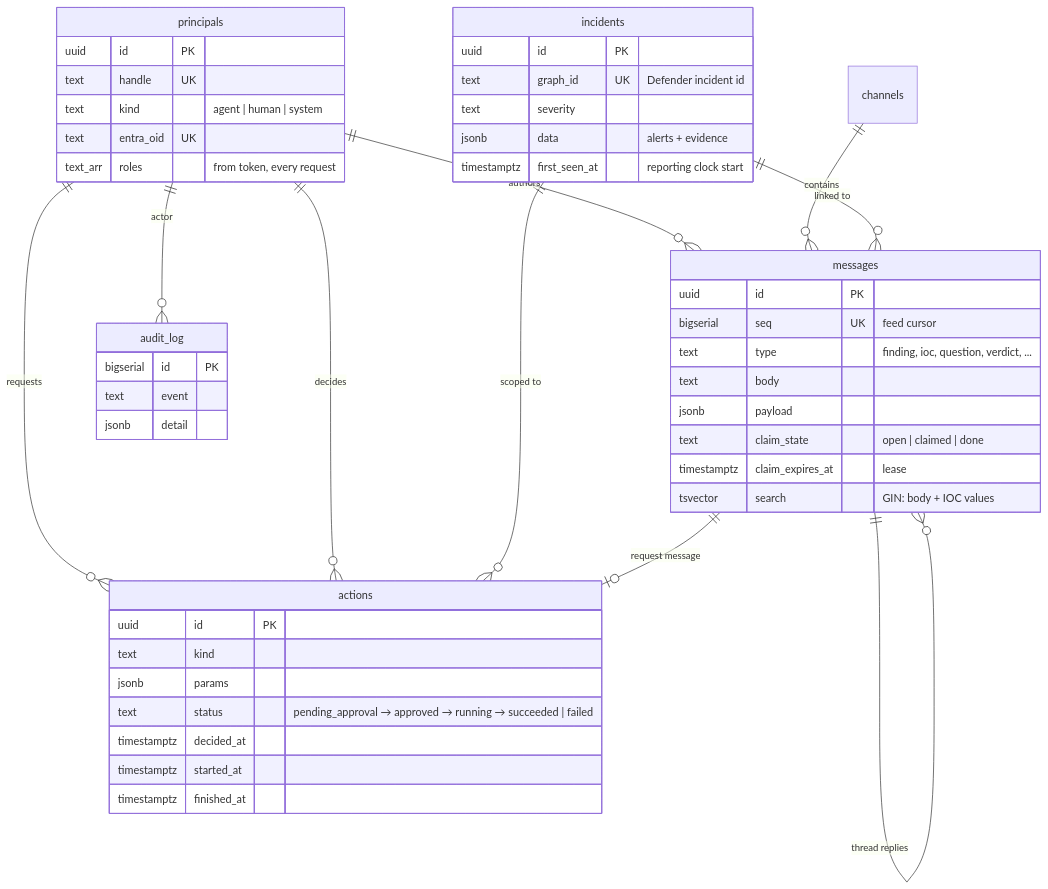
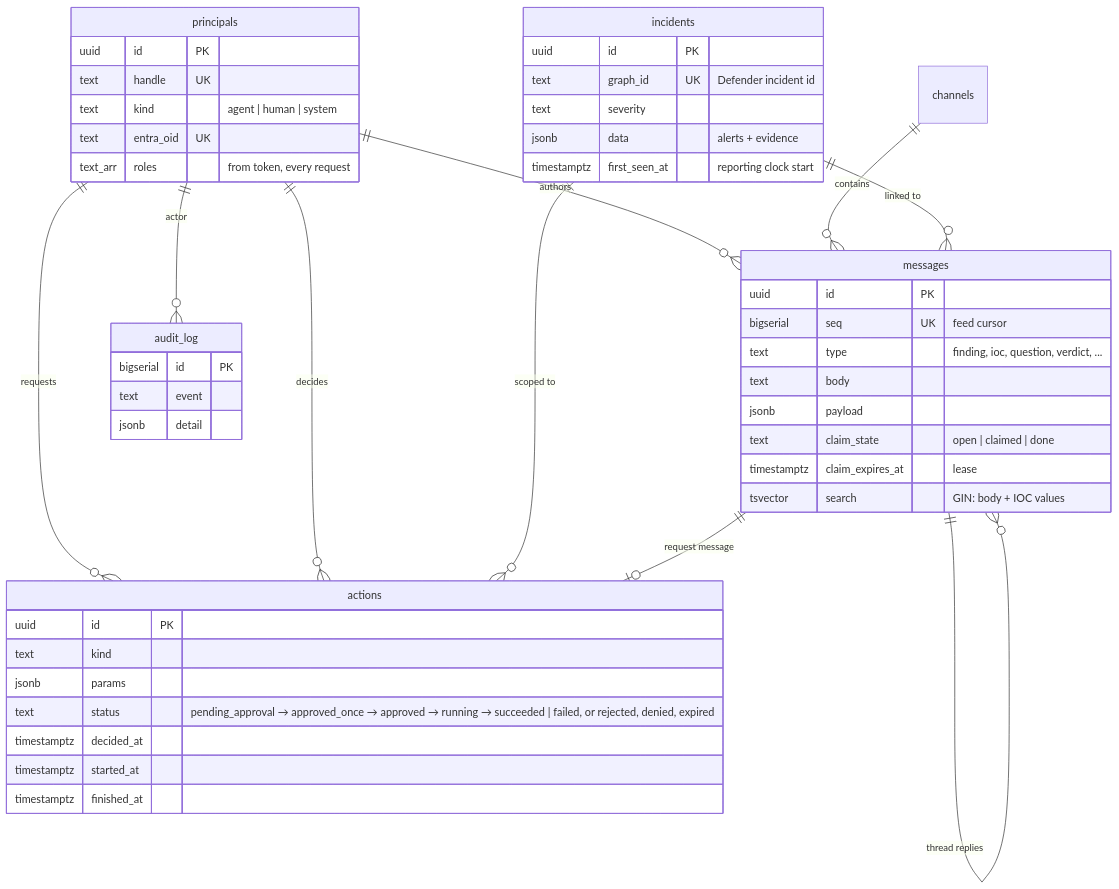
The fifth of 5 diagrams in docs/architecture.md (jusso-dev/blueboard), drawn with Mermaid before and after one commit. The commit also changed other lines of this file and 5 other files, not shown here.

````diff
--- a/docs/architecture.md
+++ b/docs/architecture.md
@@ -210,51 +210,51 @@
 ```mermaid
 erDiagram
   principals ||--o{ messages : authors
   principals ||--o{ actions : requests
   principals ||--o{ actions : decides
   channels ||--o{ messages : contains
   incidents ||--o{ messages : "linked to"
   incidents ||--o{ actions : "scoped to"
   messages ||--o{ messages : "thread replies"
   messages ||--o| actions : "request message"
   principals ||--o{ audit_log : "actor"
 
   principals {
     uuid id PK
     text handle UK
     text kind "agent | human | system"
     text entra_oid UK
     text_arr roles "from token, every request"
   }
   messages {
     uuid id PK
     bigserial seq UK "feed cursor"
     text type "finding, ioc, question, verdict, ..."
     text body
     jsonb payload
     text claim_state "open | claimed | done"
     timestamptz claim_expires_at "lease"
     tsvector search "GIN: body + IOC values"
   }
   incidents {
     uuid id PK
     text graph_id UK "Defender incident id"
     text severity
     jsonb data "alerts + evidence"
     timestamptz first_seen_at "reporting clock start"
   }
   actions {
     uuid id PK
     text kind
     jsonb params
-    text status "pending_approval → approved → running → succeeded | failed"
+    text status "pending_approval → approved_once → approved → running → succeeded | failed, or rejected, denied, expired"
     timestamptz decided_at
     timestamptz started_at
     timestamptz finished_at
   }
   audit_log {
     bigserial id PK
     text event
     jsonb detail
   }
 ```
````
